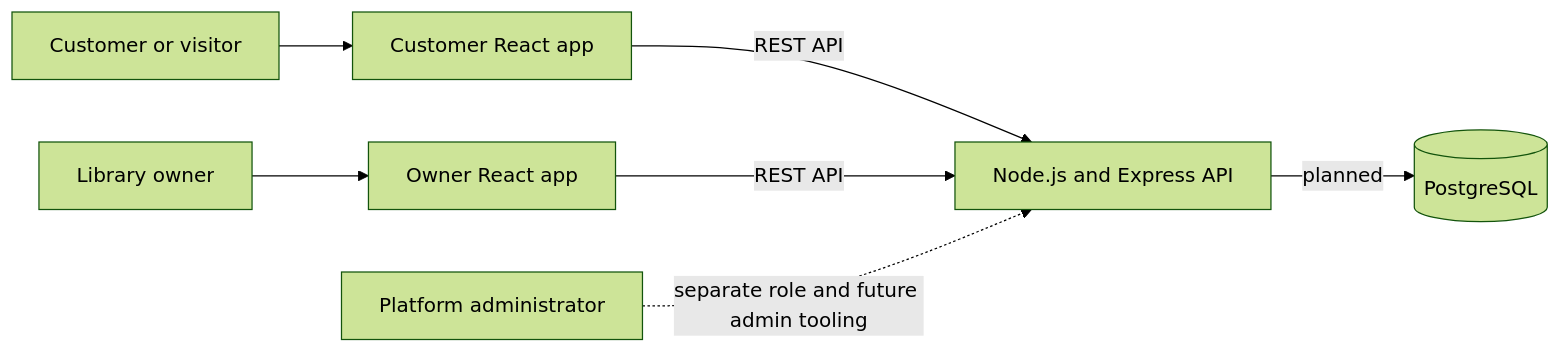
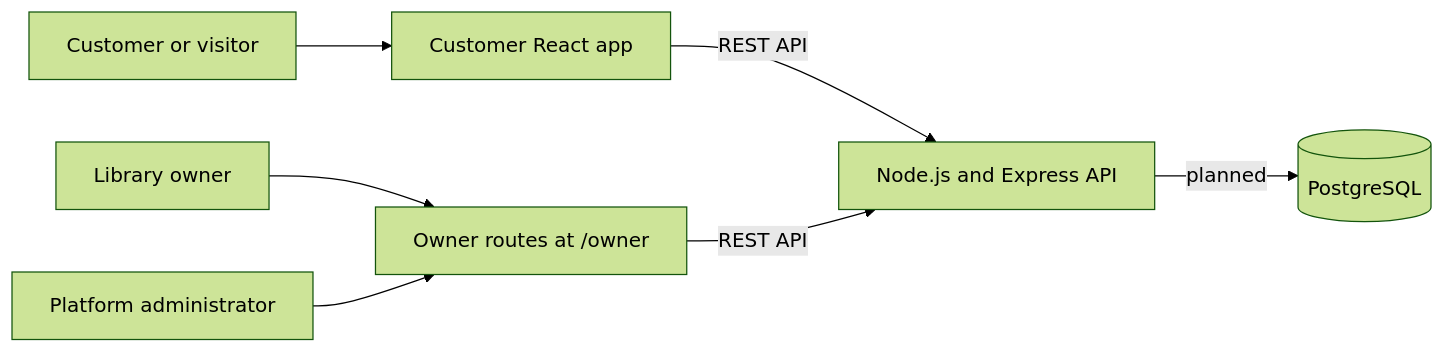
One commit to ankit-70177/library-platform changed the first of 5 diagrams in README.md. Above: the diagram before and after it, drawn with Mermaid (forest theme). The commit also changed other lines of this file and 49 other files, not shown here.

````diff
--- a/README.md
+++ b/README.md
@@ -37,9 +36,9 @@
 ```mermaid
 flowchart LR
   Visitor[Customer or visitor] --> Customer[Customer React app]
-  Owner[Library owner] --> OwnerApp[Owner React app]
+  Owner[Library owner] --> OwnerApp[Owner routes at /owner]
   Customer -->|REST API| API[Node.js and Express API]
   OwnerApp -->|REST API| API
   API -->|planned| DB[(PostgreSQL)]
-  Admin[Platform administrator] -. separate role and future admin tooling .-> API
+  Admin[Platform administrator] --> OwnerApp
 ```
````
